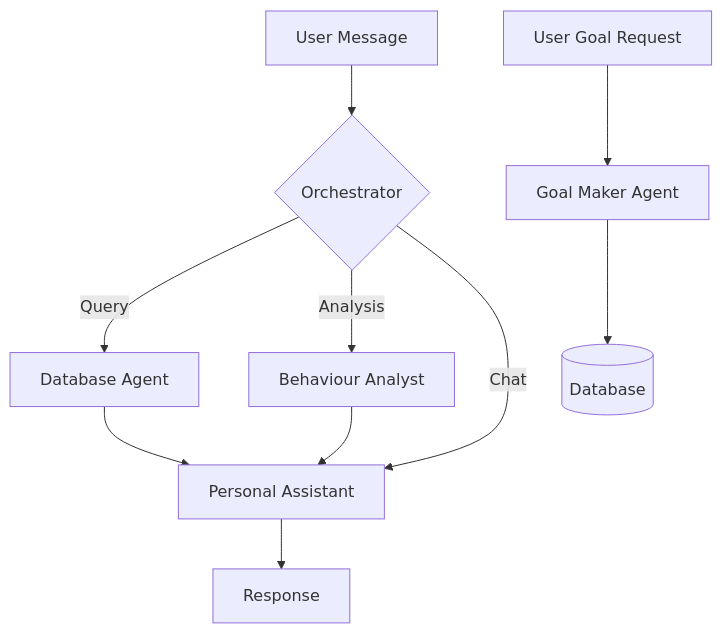
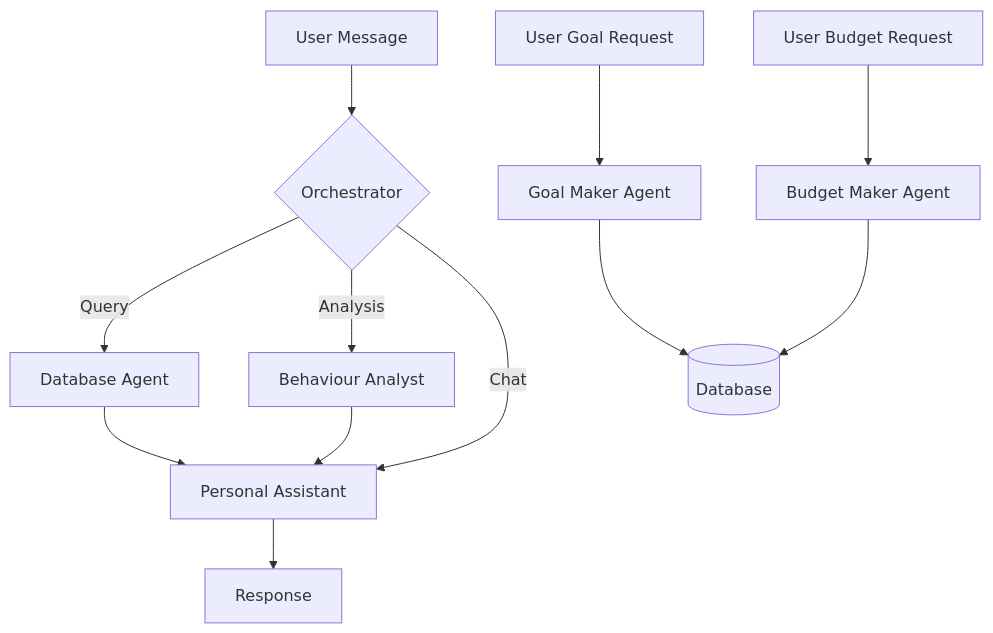
The first of 2 diagrams in README.md (Apo-Eclipse/Grad), drawn with Mermaid before and after one commit. The commit also changed other lines of this file and 5 other files, not shown here.

Commit message:
feat: Introduce Goal Maker and Budget Maker agents, implement new API layer with Django Ninja, and add comprehensive API documentation.

````diff
--- a/README.md
+++ b/README.md
@@ -27,13 +29,16 @@
 ```mermaid
 graph TD
     User[User Message] --> Router{Orchestrator}
     Router -->|Query| DBAgent[Database Agent]
     Router -->|Analysis| Analyst[Behaviour Analyst]
     Router -->|Chat| Chat[Personal Assistant]
     DBAgent --> Chat
     Analyst --> Chat
     Chat --> Final[Response]
     
     User2[User Goal Request] --> GoalMaker[Goal Maker Agent]
     GoalMaker --> DB[(Database)]
+
+    User3[User Budget Request] --> BudgetMaker[Budget Maker Agent]
+    BudgetMaker --> DB
 ```
````
